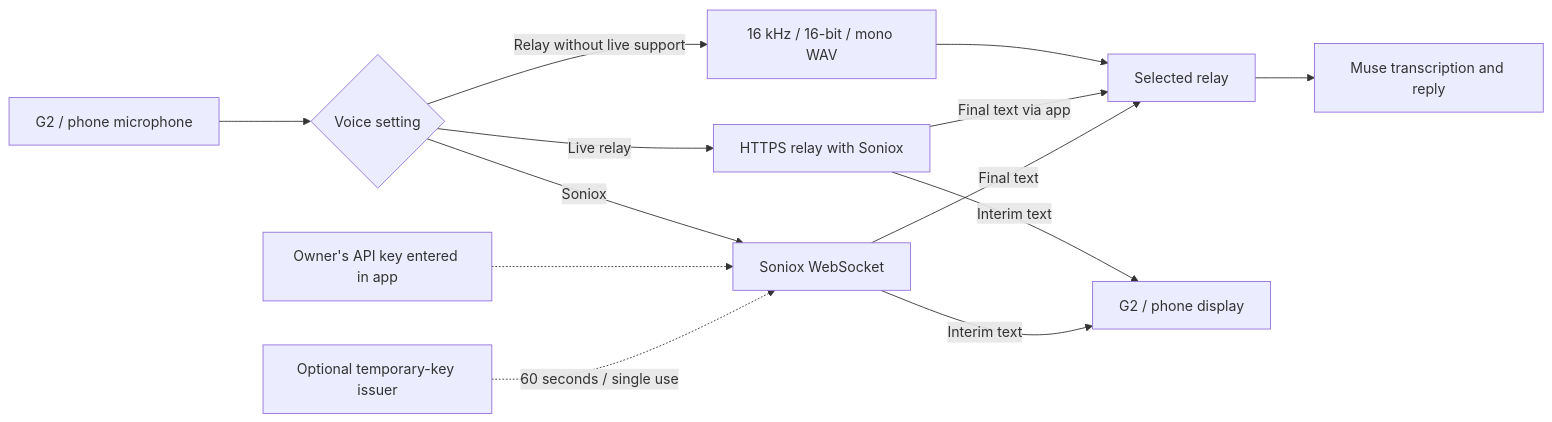
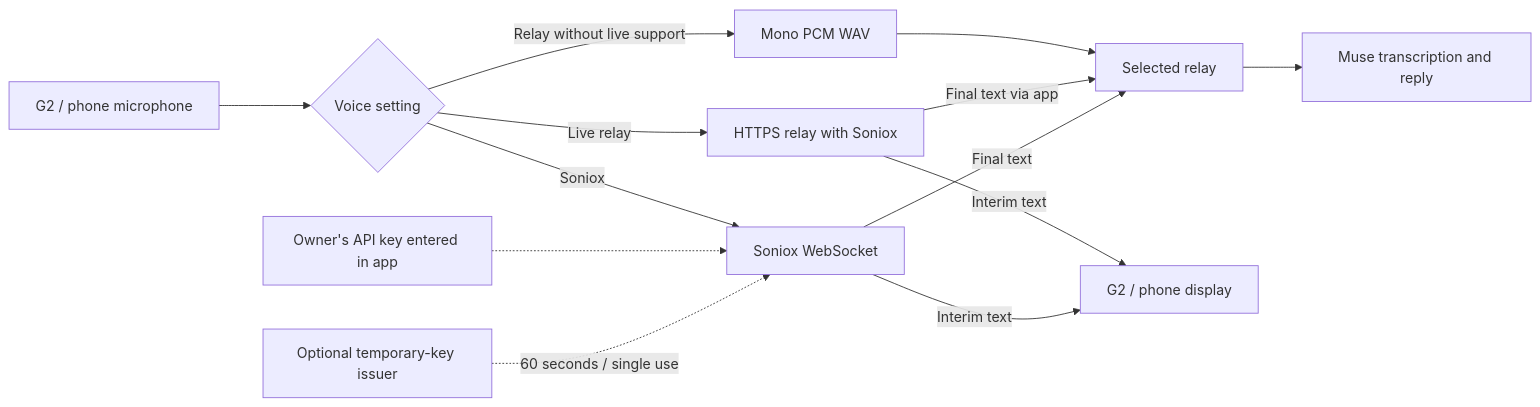
The fifth of 5 diagrams in docs/protocol.md (3mintimer/muse-relay), drawn with Mermaid before and after one commit. The commit also changed other lines of this file and 46 other files, not shown here.

````diff
--- a/docs/protocol.md
+++ b/docs/protocol.md
@@ -407,14 +407,14 @@
 ```mermaid
 flowchart LR
   Mic[G2 / phone microphone] --> Choice{Voice setting}
-  Choice -->|Relay without live support| WAV[16 kHz / 16-bit / mono WAV]
+  Choice -->|Relay without live support| WAV[Mono PCM WAV]
   WAV --> Relay[Selected relay] --> Muse[Muse transcription and reply]
   Choice -->|Live relay| Live[HTTPS relay with Soniox]
   Live -->|Interim text| Glasses
   Live -->|Final text via app| Relay
   Choice -->|Soniox| STT[Soniox WebSocket]
   Key[Owner's API key entered in app] -.-> STT
   Token[Optional temporary-key issuer] -.->|60 seconds / single use| STT
   STT -->|Interim text| Glasses[G2 / phone display]
   STT -->|Final text| Relay
 ```
````
